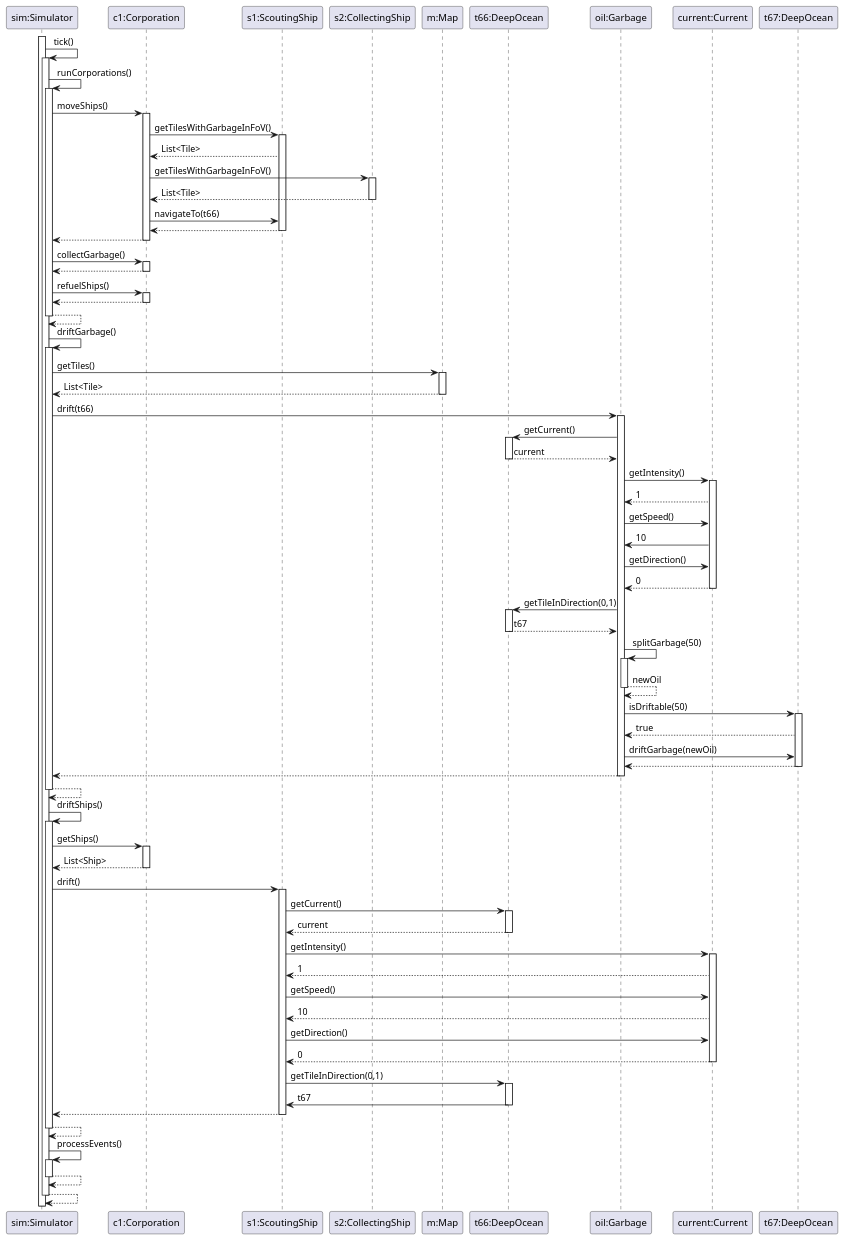
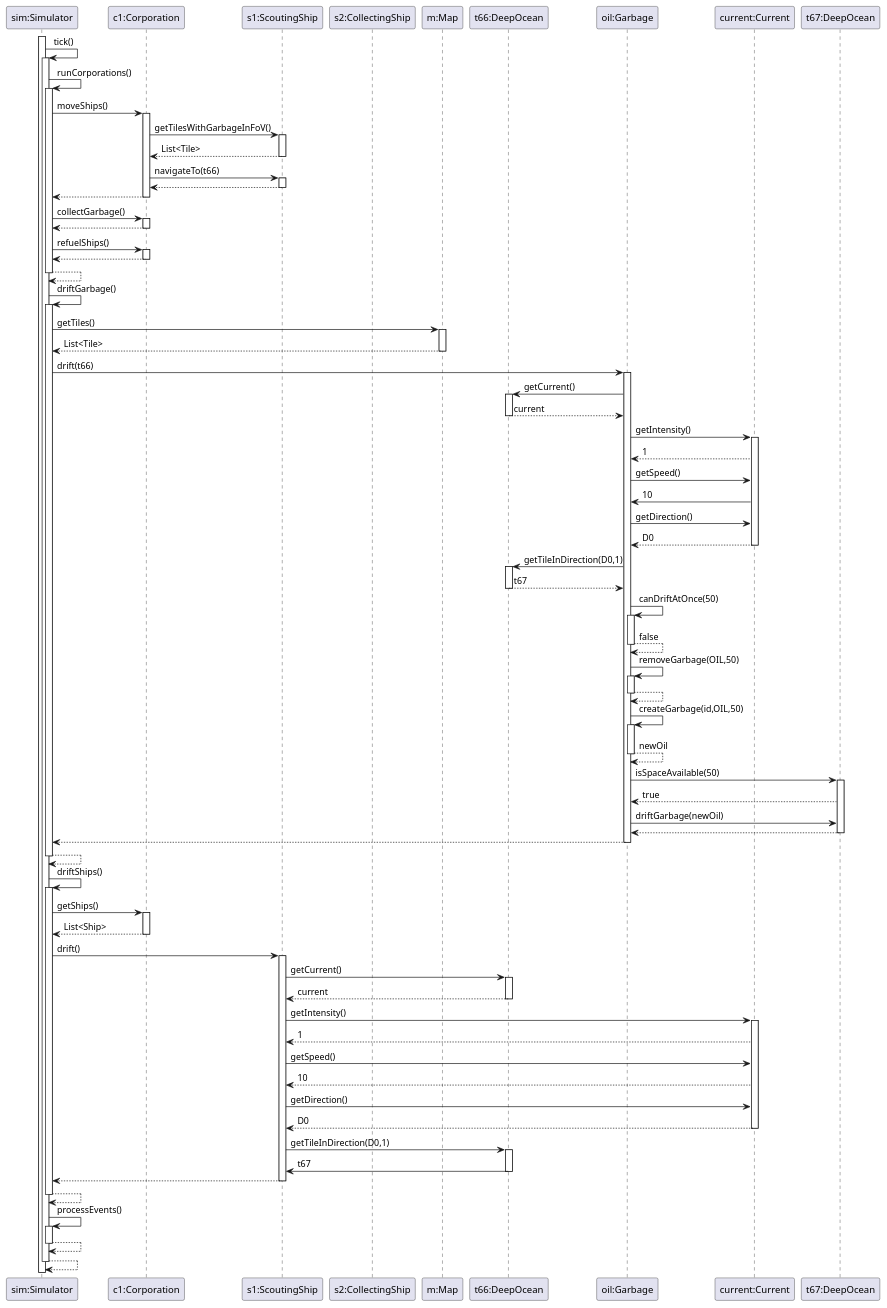
The diagram in SequenceTick25.puml (Atharvakore/Save-The-Saardines), drawn with PlantUML before and after one commit.

Commit message:
fixed garbage

```diff
--- a/SequenceTick25.puml
+++ b/SequenceTick25.puml
@@ -1,174 +1,186 @@
 @startuml
 participant "sim:Simulator" as s
 participant "c1:Corporation" as c1
 participant "s1:ScoutingShip" as scouting
 participant "s2:CollectingShip" as collecting
 participant "m:Map" as m
 participant "t66:DeepOcean" as t66
 participant "oil:Garbage" as oil
 participant "current:Current" as current
 participant "t67:DeepOcean" as t67
 
 
 
 
 activate s
 
 s -> s: tick()
 activate s
 
 s -> s: runCorporations()
 activate s
 
 s -> c1: moveShips()
 activate c1
 
 c1 -> scouting: getTilesWithGarbageInFoV()
 activate scouting
 
 scouting --> c1: List<Tile>
+deactivate scouting
 
-c1 -> collecting: getTilesWithGarbageInFoV()
-activate collecting
-
-collecting --> c1: List<Tile>
-deactivate collecting
 
 c1 -> scouting: navigateTo(t66)
+activate scouting
+
 scouting --> c1
 deactivate scouting
 
 
 c1 --> s
 deactivate c1
 
 
 s -> c1: collectGarbage()
 activate c1
 c1--> s
 deactivate c1
 
 
 s -> c1: refuelShips()
 activate c1
 c1--> s
 deactivate c1
 
 s --> s
 deactivate s
 
 s -> s: driftGarbage()
 activate s
 
 s -> m: getTiles()
 activate m
 
 m --> s : List<Tile>
 deactivate m
 
 s -> oil: drift(t66)
 activate oil
 
 oil -> t66: getCurrent()
 activate t66
 
 t66 --> oil: current
 deactivate t66
 
 oil -> current: getIntensity()
 activate current
 
 current --> oil: 1
 
 
 
 oil -> current: getSpeed()
 current-> oil: 10
 
 oil -> current: getDirection()
-current --> oil: 0
+current --> oil: D0
 deactivate current
-oil -> t66: getTileInDirection(0,1)
+oil -> t66: getTileInDirection(D0,1)
 activate t66
 
 t66 --> oil: t67
 deactivate t66
 
-oil -> oil: splitGarbage(50)
+oil -> oil: canDriftAtOnce(50)
 activate oil
+oil --> oil: false
+deactivate oil
+
+
+oil -> oil: removeGarbage(OIL,50)
+activate oil
+
+oil --> oil
+deactivate oil
+
+oil -> oil: createGarbage(id,OIL,50)
+activate oil
+
 oil --> oil: newOil
 deactivate oil
+
 ' Here the problem is: Current can drift more than 1 tile, but we call drift(t67,curr)
 ' without actually computing the destination tile, we just assume it goes there and then
 ' query getIntensity() and getSpeed() which makes no sense at this point.
 
-oil -> t67: isDriftable(50)
+oil -> t67: isSpaceAvailable(50)
 activate t67
 
 t67 --> oil: true
 
 
 
 
 oil -> t67: driftGarbage(newOil)
 t67 --> oil
 deactivate t67
 
 oil --> s
 deactivate oil
 
 s --> s
 deactivate s
 
 
 s -> s: driftShips()
 activate s
 
 s -> c1: getShips()
 activate c1
 
 c1 --> s: List<Ship>
 deactivate c1
 s -> scouting: drift()
 activate scouting
 
 scouting -> t66: getCurrent()
 activate t66
 
 t66 --> scouting: current
 deactivate t66
 
 
 scouting -> current: getIntensity()
 activate current
 
 current --> scouting: 1
 
 scouting -> current: getSpeed()
 current --> scouting: 10
 
 scouting -> current: getDirection()
-current --> scouting: 0
+current --> scouting: D0
 deactivate current
 
-scouting -> t66: getTileInDirection(0,1)
+scouting -> t66: getTileInDirection(D0,1)
 activate t66
 
 t66 -> scouting: t67
 deactivate t66
 
 
 scouting --> s
 deactivate scouting
 
 s --> s
 deactivate s
 s -> s: processEvents()
 activate s
 s --> s
 deactivate s
 
 s --> s
 deactivate s
 
 @enduml
```
